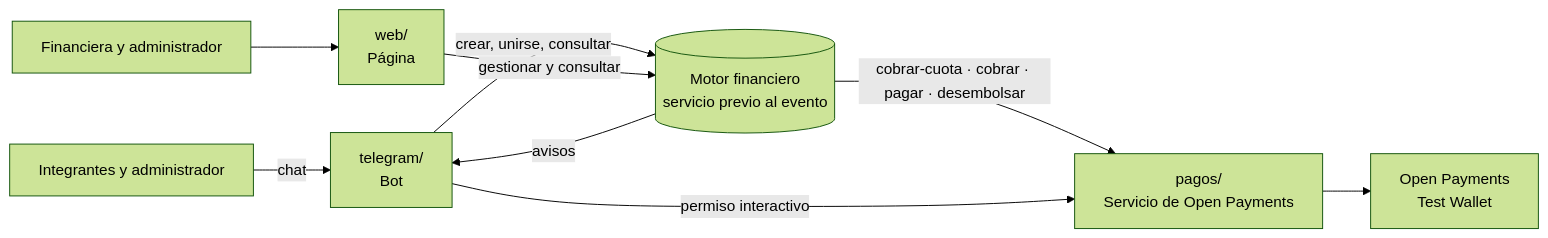
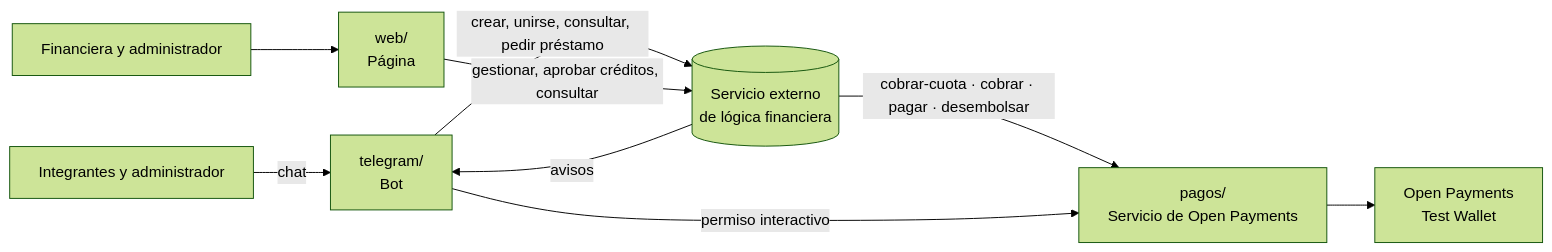
Before and after one commit to fintechfy-dev/openpayments-fintechfy: the diagram in docs/plan-de-trabajo.md, drawn with Mermaid (forest theme). The commit also changed other lines of this file and 56 other files, not shown here.

First line of the commit message:
La lógica financiera es un servicio externo; tercer frente: Pagos

````diff
--- a/docs/plan-de-trabajo.md
+++ b/docs/plan-de-trabajo.md
@@ -11,11 +11,11 @@
 ```mermaid
 flowchart LR
   P["Integrantes y administrador"] -->|chat| BOT["telegram/<br/>Bot"]
   F["Financiera y administrador"] --> WEB["web/<br/>Página"]
-  BOT -->|crear, unirse, consultar| MOTOR[("Motor financiero<br/>servicio previo al evento")]
-  WEB -->|gestionar y consultar| MOTOR
-  MOTOR -->|avisos| BOT
-  MOTOR -->|cobrar-cuota · cobrar · pagar · desembolsar| PAGOS["pagos/<br/>Servicio de Open Payments"]
+  BOT -->|crear, unirse, consultar, pedir préstamo| EXT[("Servicio externo<br/>de lógica financiera")]
+  WEB -->|gestionar, aprobar créditos, consultar| EXT
+  EXT -->|avisos| BOT
+  EXT -->|cobrar-cuota · cobrar · pagar · desembolsar| PAGOS["pagos/<br/>Servicio de Open Payments"]
   BOT -->|permiso interactivo| PAGOS
   PAGOS --> OP["Open Payments<br/>Test Wallet"]
 ```
````
